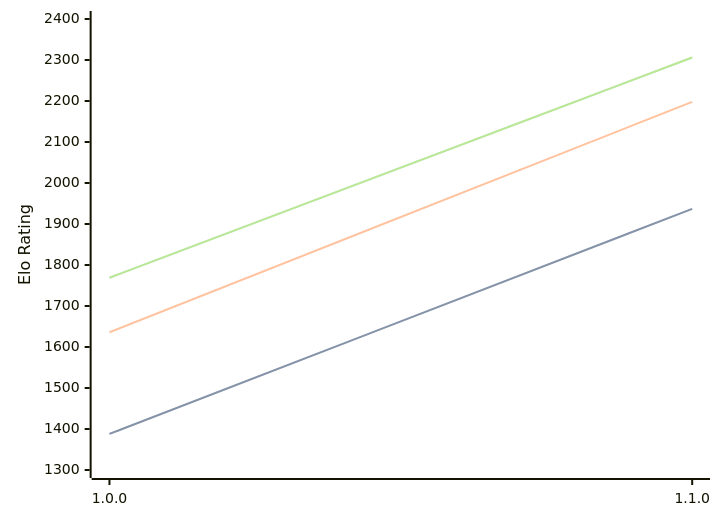
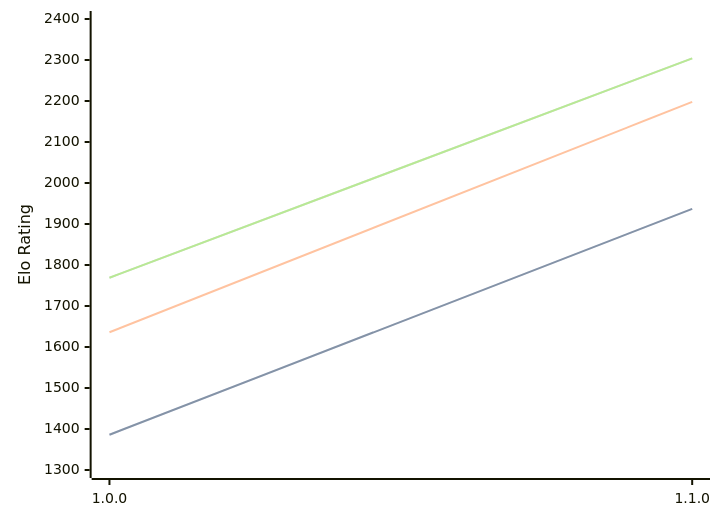
Before and after one commit to computer-chess-index/cci: the diagram in engines/Akerbeltz.md, drawn with Mermaid. The commit also changed other lines of this file, not shown here.

Commit message:
Update CCI Ratings (ELO VLTC) - 2026-09-17

````diff
--- a/engines/Akerbeltz.md
+++ b/engines/Akerbeltz.md
@@ -32,11 +32,11 @@
 ```mermaid
 %%{init: {"theme":"base","themeVariables":{"seriesColors:['#a3a3a3','#222221','#faa371']}}}%%
 xychart-beta
   x-axis ["1.0.0", "1.1.0"]
   y-axis "Elo Rating" 1300 --> 2400
-  line "" [1388, 1937]
-  line "STC (8.0+0.08s)" [1388, 1937]
+  line "" [1386, 1937]
+  line "STC (8.0+0.08s)" [1386, 1937]
   line "LTC (60.0+0.60s)" [1636, 2198]
-  line "" [1769, 2306]
-  line "VLTC (2m24s+1.12s)" [1769, 2306]
+  line "" [1769, 2304]
+  line "VLTC (2m24s+1.12s)" [1769, 2304]
 ```
````
